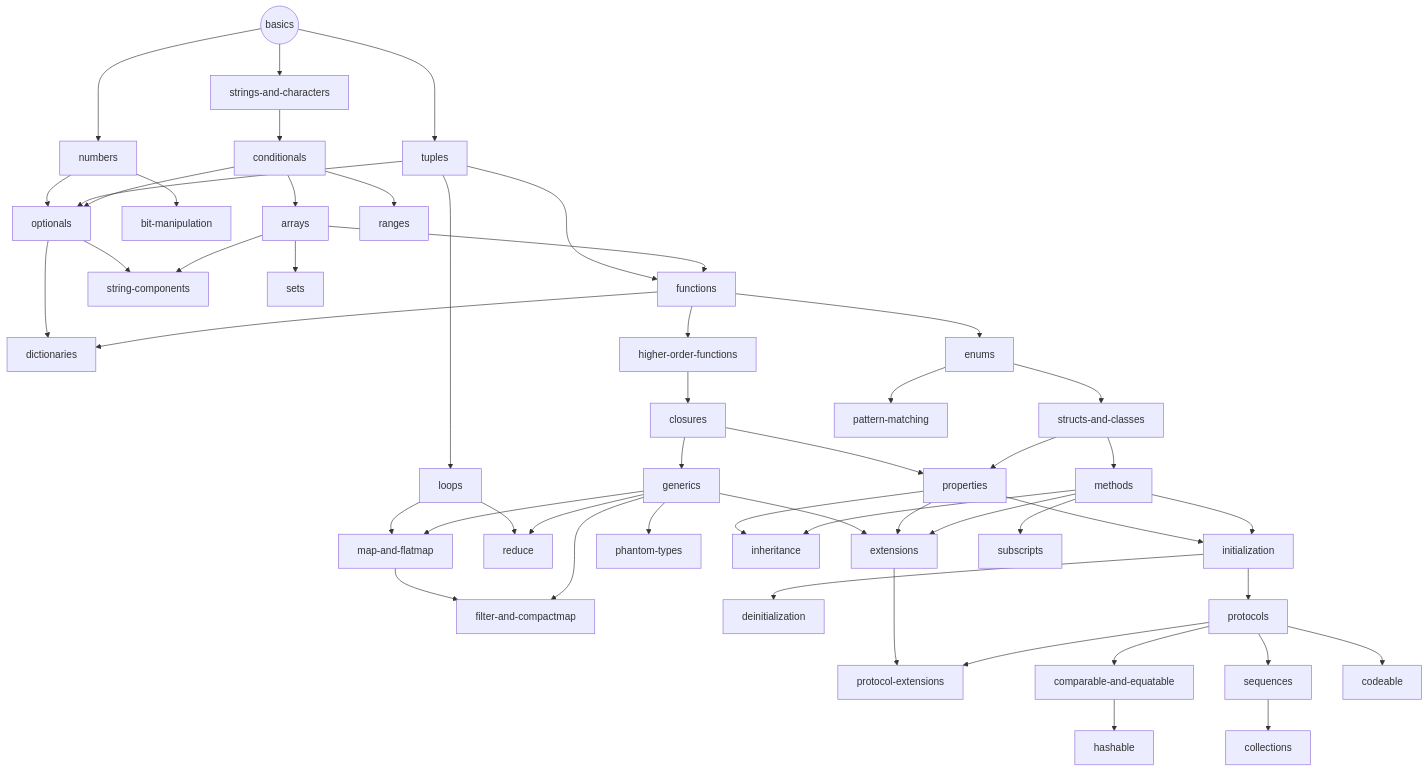
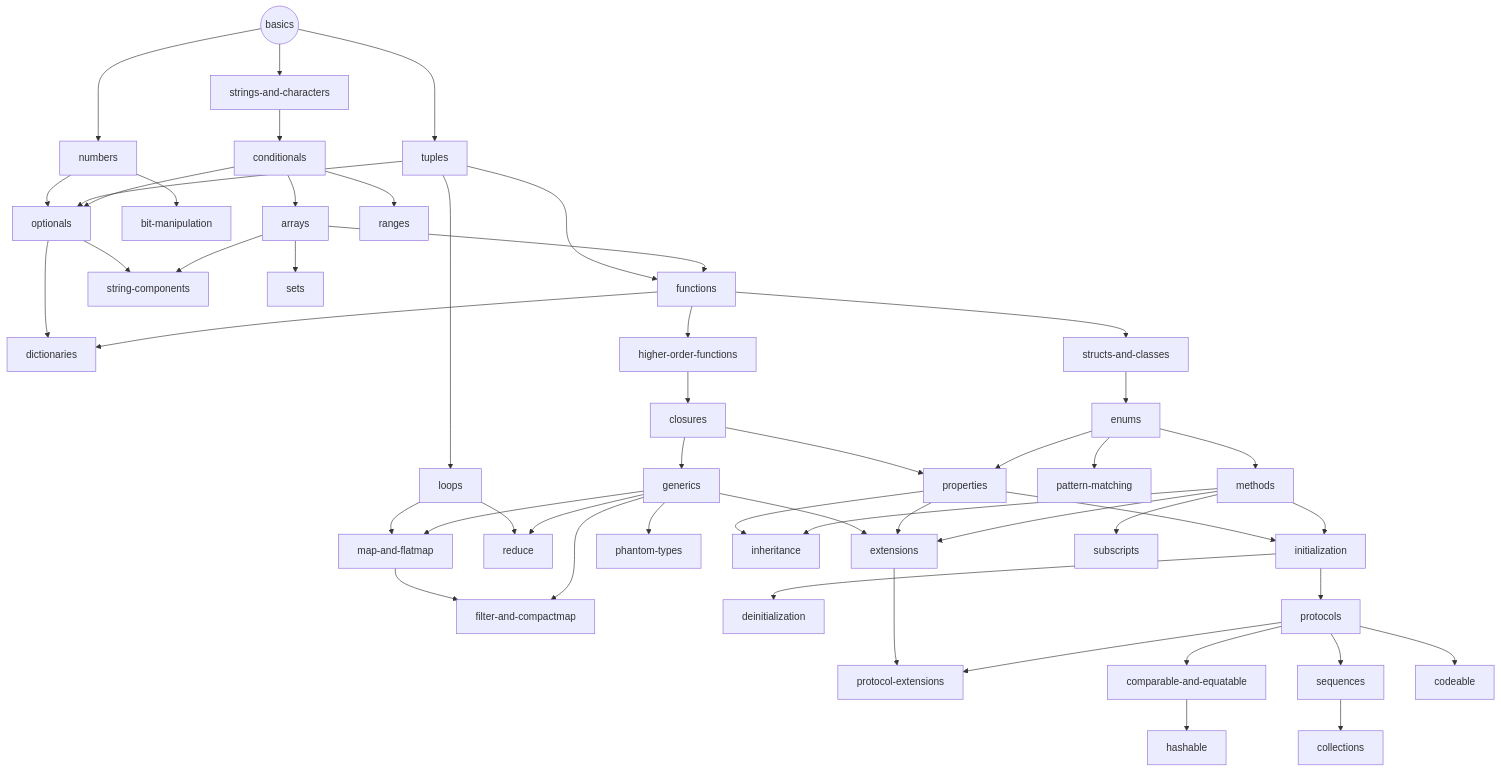
One commit to exercism/v3 changed the diagram in languages/swift/reference/progression.md. Above: the diagram before and after it, drawn with Mermaid.

Commit message:
corrected struct/enums order

````diff
--- a/languages/swift/reference/progression.md
+++ b/languages/swift/reference/progression.md
@@ -14,73 +14,73 @@
 ```mermaid
 graph TD
 
 Start((basics)) --> numbers
 Start((basics)) --> strings-and-characters
 Start((basics)) --> tuples
 
 numbers --> optionals
 numbers --> bit-manipulation
 strings-and-characters --> conditionals
 tuples --> optionals
 tuples --> functions
 tuples --> loops
 
 loops --> map-and-flatmap
 loops --> reduce
 
 map-and-flatmap --> filter-and-compactmap
 
 conditionals --> optionals
 conditionals --> arrays
 conditionals --> ranges
 
 optionals --> string-components
 optionals --> dictionaries
 
 arrays --> string-components
 arrays --> functions
 arrays --> sets
 
 functions --> dictionaries
 functions --> higher-order-functions
-functions --> enums
+functions --> structs-and-classes
 
 higher-order-functions --> closures
-
-enums --> structs-and-classes
-enums --> pattern-matching
 
 closures --> properties
 closures --> generics
 
-structs-and-classes --> methods
-structs-and-classes --> properties
+structs-and-classes --> enums
+
+enums --> pattern-matching
+enums --> methods
+enums --> properties
 
 generics --> map-and-flatmap
 generics --> filter-and-compactmap
 generics --> reduce
 generics --> extensions
 generics --> phantom-types
 
 properties --> inheritance
 properties --> initialization
 properties --> extensions
 
 methods --> inheritance
 methods --> initialization
 methods --> extensions
 methods --> subscripts
 
 initialization --> deinitialization
 initialization --> protocols
 
 extensions --> protocol-extensions
 
 protocols --> protocol-extensions
 protocols --> comparable-and-equatable
 protocols --> sequences
 protocols --> codeable
 
 comparable-and-equatable --> hashable
 sequences --> collections
 ```
````
